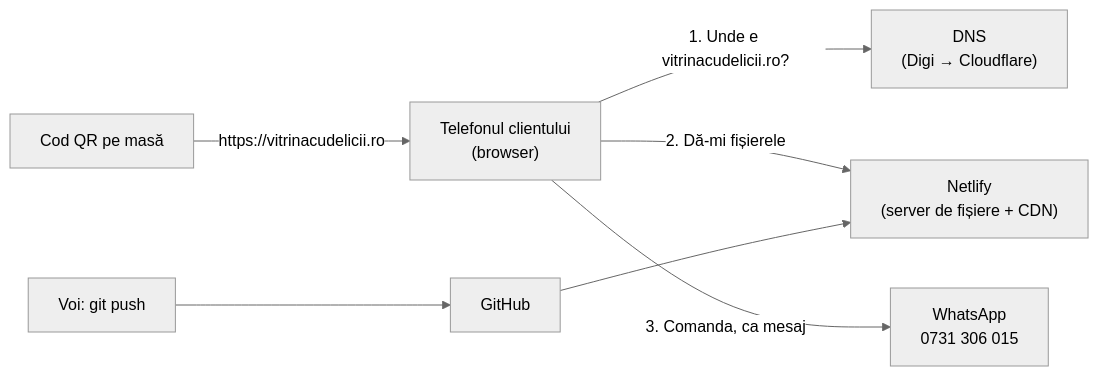
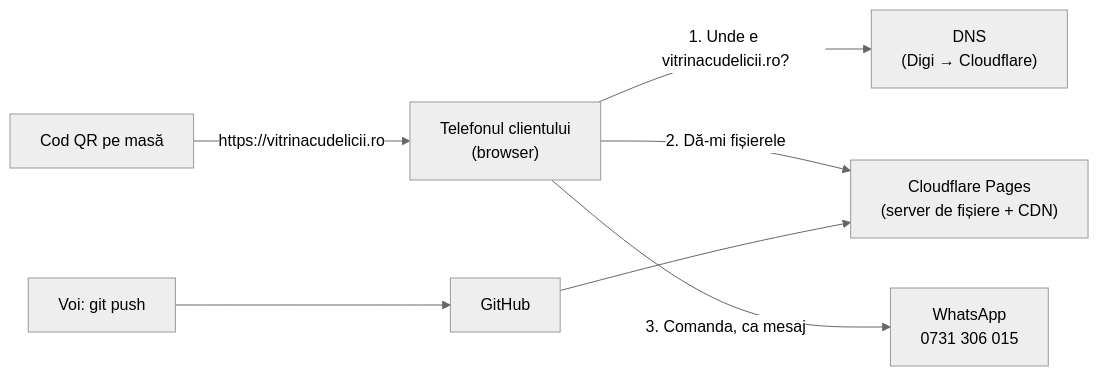
One commit to rosuflaviusalin/vitrina_cu_delicii changed the first of 9 diagrams in docs/arhitectura.md. Above: the diagram before and after it, drawn with Mermaid (neutral theme). The commit also changed other lines of this file and 3 other files, not shown here.

First line of the commit message:
Move hosting to Cloudflare Pages: 404 page, robots and docs

````diff
--- a/docs/arhitectura.md
+++ b/docs/arhitectura.md
@@ -13,8 +13,8 @@
 ```mermaid
 flowchart LR
     QR["Cod QR pe masă"] -->|"https://vitrinacudelicii.ro"| Tel["Telefonul clientului<br/>(browser)"]
     Tel -->|"1. Unde e vitrinacudelicii.ro?"| DNS["DNS<br/>(Digi → Cloudflare)"]
-    Tel -->|"2. Dă-mi fișierele"| Netlify["Netlify<br/>(server de fișiere + CDN)"]
+    Tel -->|"2. Dă-mi fișierele"| Pages["Cloudflare Pages<br/>(server de fișiere + CDN)"]
     Tel -->|"3. Comanda, ca mesaj"| WA["WhatsApp<br/>0731 306 015"]
-    Dev["Voi: git push"] --> GitHub["GitHub"] --> Netlify
+    Dev["Voi: git push"] --> GitHub["GitHub"] --> Pages
 ```
````
